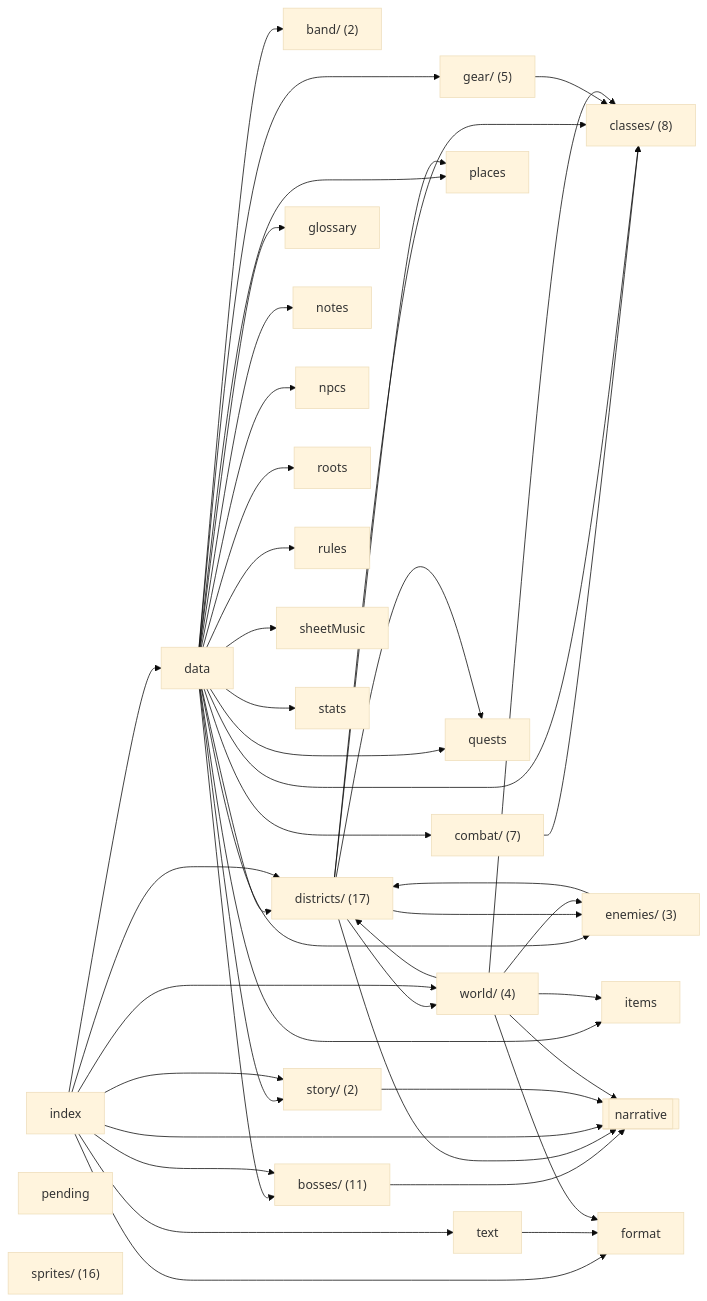
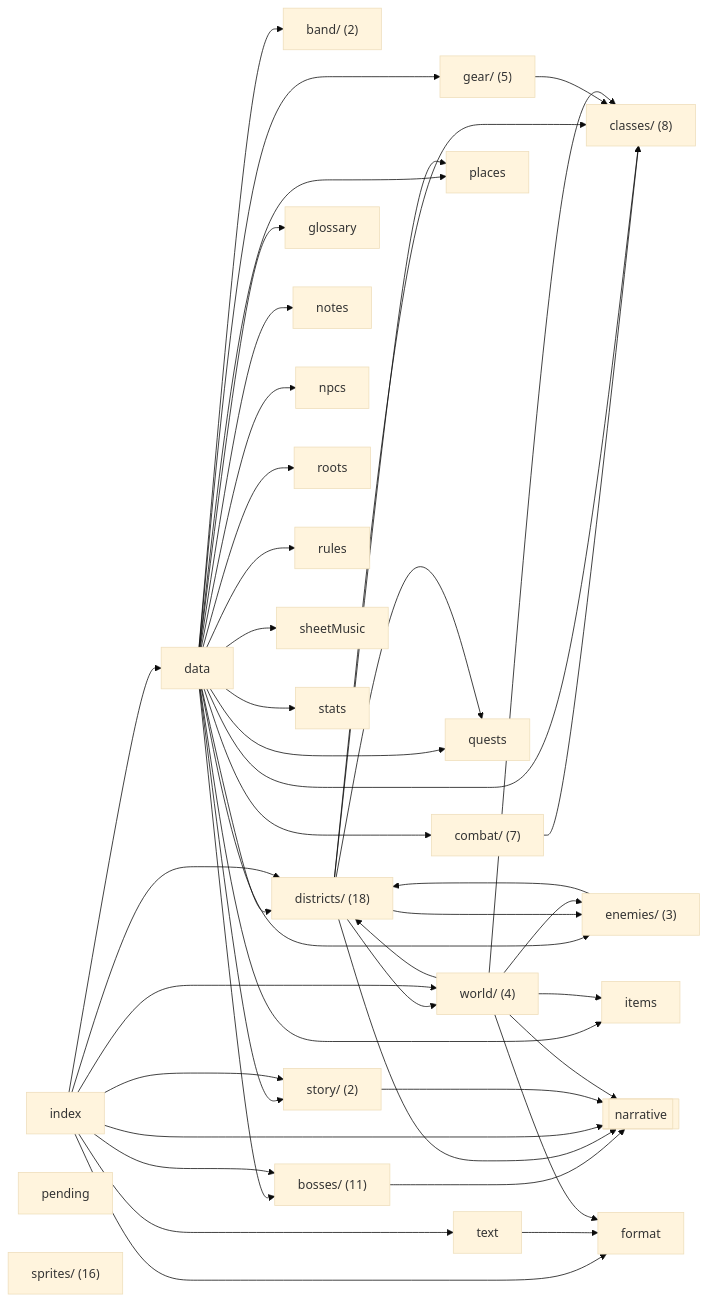
One commit to OrangeB0lt/Cyber-funk changed the diagram in docs/reference/code-map/content.md. Above: the diagram before and after it, drawn with Mermaid (base theme). The commit also changed other lines of this file and 21 other files, not shown here.

````diff
--- a/docs/reference/code-map/content.md
+++ b/docs/reference/code-map/content.md
@@ -11,73 +11,73 @@
 ```mermaid
 flowchart LR
   n_band_["band/ (2)"]
   n_bosses_["bosses/ (11)"]
   n_classes_["classes/ (8)"]
   n_combat_["combat/ (7)"]
   n_data["data"]
-  n_districts_["districts/ (17)"]
+  n_districts_["districts/ (18)"]
   n_enemies_["enemies/ (3)"]
   n_format["format"]
   n_gear_["gear/ (5)"]
   n_glossary["glossary"]
   n_index["index"]
   n_items["items"]
   n_notes["notes"]
   n_npcs["npcs"]
   n_pending["pending"]
   n_places["places"]
   n_quests["quests"]
   n_roots["roots"]
   n_rules["rules"]
   n_sheetMusic["sheetMusic"]
   n_sprites_["sprites/ (16)"]
   n_stats["stats"]
   n_story_["story/ (2)"]
   n_text["text"]
   n_world_["world/ (4)"]
   n_ext_narrative[["narrative"]]
   n_bosses_ --> n_ext_narrative
   n_combat_ --> n_classes_
   n_data --> n_band_
   n_data --> n_bosses_
   n_data --> n_classes_
   n_data --> n_combat_
   n_data --> n_districts_
   n_data --> n_enemies_
   n_data --> n_gear_
   n_data --> n_glossary
   n_data --> n_items
   n_data --> n_notes
   n_data --> n_npcs
   n_data --> n_places
   n_data --> n_quests
   n_data --> n_roots
   n_data --> n_rules
   n_data --> n_sheetMusic
   n_data --> n_stats
   n_data --> n_story_
   n_districts_ --> n_classes_
   n_districts_ --> n_enemies_
   n_districts_ --> n_ext_narrative
   n_districts_ --> n_places
   n_districts_ --> n_quests
   n_districts_ --> n_world_
   n_enemies_ --> n_districts_
   n_gear_ --> n_classes_
   n_index --> n_bosses_
   n_index --> n_data
   n_index --> n_districts_
   n_index --> n_ext_narrative
   n_index --> n_format
   n_index --> n_story_
   n_index --> n_text
   n_index --> n_world_
   n_story_ --> n_ext_narrative
   n_text --> n_format
   n_world_ --> n_classes_
   n_world_ --> n_districts_
   n_world_ --> n_enemies_
   n_world_ --> n_ext_narrative
   n_world_ --> n_format
   n_world_ --> n_items
 ```
````
